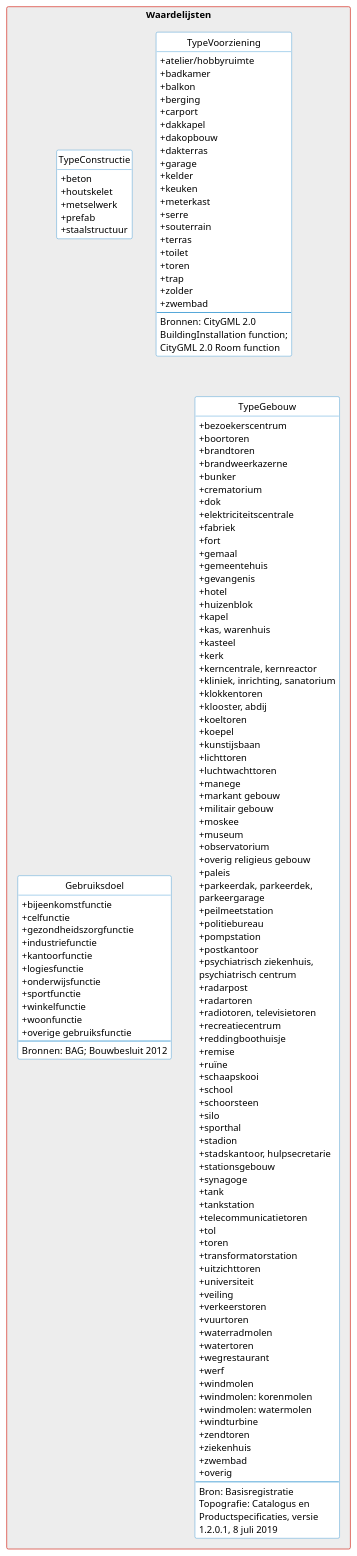
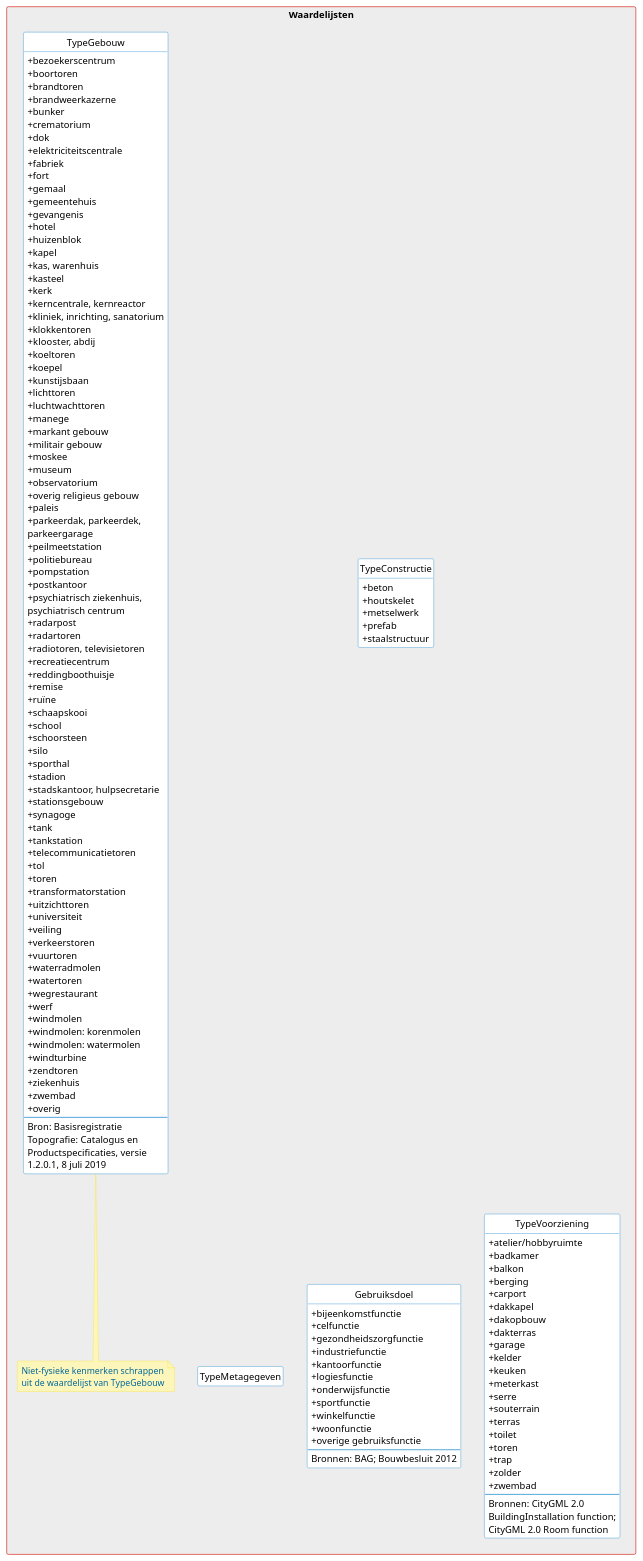
One commit to geobasisregistraties/werkgroep-bouwwerken changed the diagram in model/waardelijsten.puml. Above: the diagram before and after it, drawn with PlantUML.

```diff
--- a/model/waardelijsten.puml
+++ b/model/waardelijsten.puml
@@ -77,6 +77,12 @@
         + prefab
         + staalstructuur
     }
+
+together {
+    class TypeVoorziening
+    class TypeMetagegeven
+    class Gebruiksdoel
+}
 
     class TypeVoorziening << Referentielijst >> {
         + atelier/hobbyruimte
@@ -236,5 +242,8 @@
         --
         Bron: Basisregistratie Topografie: Catalogus en Productspecificaties, versie 1.2.0.1, 8 juli 2019
     }
+
+note bottom of TypeGebouw : Niet-fysieke kenmerken schrappen uit de waardelijst van TypeGebouw
+
 }
 @enduml
```
